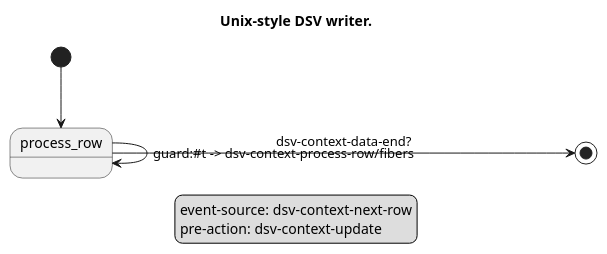
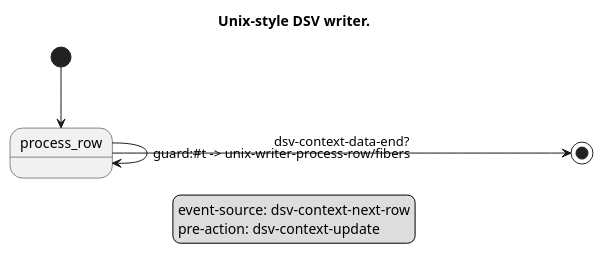
The diagram in modules/dsv/fsm/unix-writer-with-fibers.puml (artyom-poptsov/guile-dsv), drawn with PlantUML before and after one commit. The commit also changed 2 other files, not shown here.

Commit message:
dsv/fsm/dsv-context: Make procedure naming more consistent
* modules/dsv/fsm/dsv-context.scm (dsv-context-process-field): Rename to
"unix-writer-process-field".  All callers updated.
(dsv-context-process-row): Rename to "unix-writer-process-row".  All callers
updated.
(dsv-context-process-row/fibers): Rename to "unix-writer-process-row/fibers".
All callers updated.
* modules/dsv/fsm/unix-writer-with-fibers.puml,
modules/dsv/fsm/unix-writer.puml: Update.

```diff
--- a/modules/dsv/fsm/unix-writer-with-fibers.puml
+++ b/modules/dsv/fsm/unix-writer-with-fibers.puml
@@ -1,31 +1,31 @@
 @startuml
 
 ' Copyright (C) 2026 Artyom V. Poptsov <poptsov.artyom@gmail.com>
 '
 ' This program is free software: you can redistribute it and/or modify
 ' it under the terms of the GNU General Public License as published by
 ' the Free Software Foundation, either version 3 of the License, or
 ' (at your option) any later version.
 '
 ' The program is distributed in the hope that it will be useful,
 ' but WITHOUT ANY WARRANTY; without even the implied warranty of
 ' MERCHANTABILITY or FITNESS FOR A PARTICULAR PURPOSE.  See the
 ' GNU General Public License for more details.
 '
 ' You should have received a copy of the GNU General Public License
 ' along with the program.  If not, see <http://www.gnu.org/licenses/>.
 
 
 title Unix-style DSV writer.
 
 legend
 event-source: dsv-context-next-row
 pre-action: dsv-context-update
 endlegend
 
 [*] --> process_row
 
 process_row -> [*]: dsv-context-data-end?
-process_row -> process_row: guard:#t -> dsv-context-process-row/fibers
+process_row -> process_row: guard:#t -> unix-writer-process-row/fibers
 
 @enduml
```
